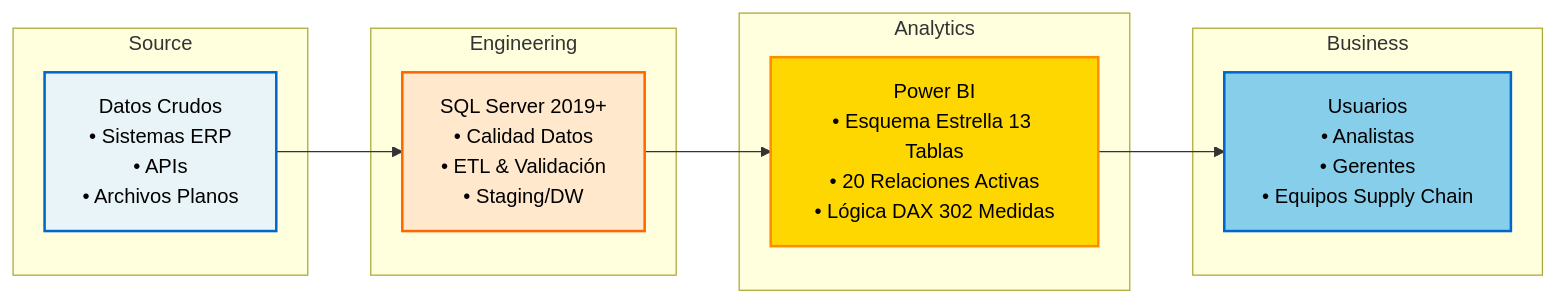
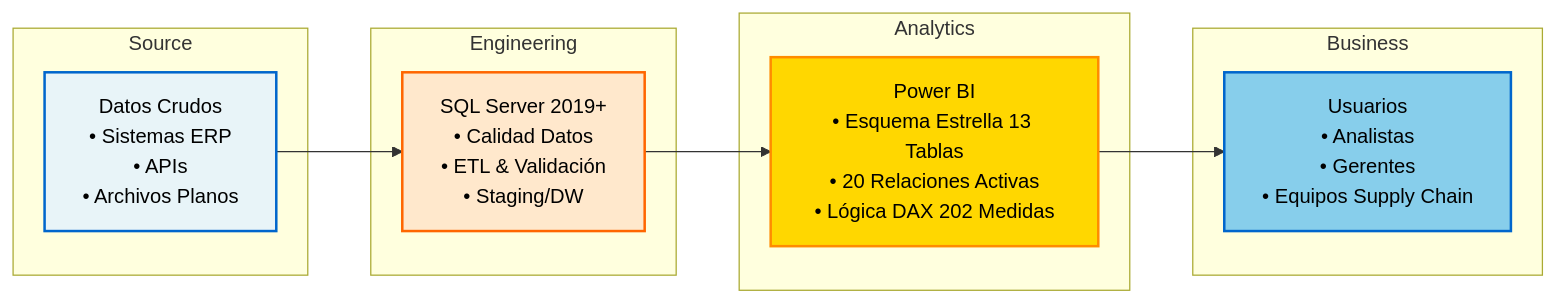
The diagram in README [ES].md (Data-Marc/pharma-logistics-bi), drawn with Mermaid before and after one commit. The commit also changed other lines of this file and 5 other files, not shown here.

````diff
--- a/README [ES].md
+++ b/README [ES].md
@@ -44,27 +44,27 @@
 ```mermaid
 graph LR
     subgraph "Source"
     A["Datos Crudos<br/>• Sistemas ERP<br/>• APIs<br/>• Archivos Planos"]
     end
     
     subgraph "Engineering"
     B["SQL Server 2019+<br/>• Calidad Datos<br/>• ETL & Validación<br/>• Staging/DW"]
     end
     
     subgraph "Analytics"
-    C["Power BI<br/>• Esquema Estrella 13 Tablas<br/>• 20 Relaciones Activas<br/>• Lógica DAX 302 Medidas"]
+    C["Power BI<br/>• Esquema Estrella 13 Tablas<br/>• 20 Relaciones Activas<br/>• Lógica DAX 202 Medidas"]
     end
     
     subgraph "Business"
     D["Usuarios<br/>• Analistas<br/>• Gerentes<br/>• Equipos Supply Chain"]
     end
 
     A --> B
     B --> C
     C --> D
     
     style A fill:#e8f4f8,stroke:#0066cc,stroke-width:2px,color:#000
     style B fill:#ffe8cc,stroke:#ff6600,stroke-width:2px,color:#000
     style C fill:#ffd700,stroke:#ff8c00,stroke-width:2px,color:#000
     style D fill:#87ceeb,stroke:#0066cc,stroke-width:2px,color:#000
 ```
````
